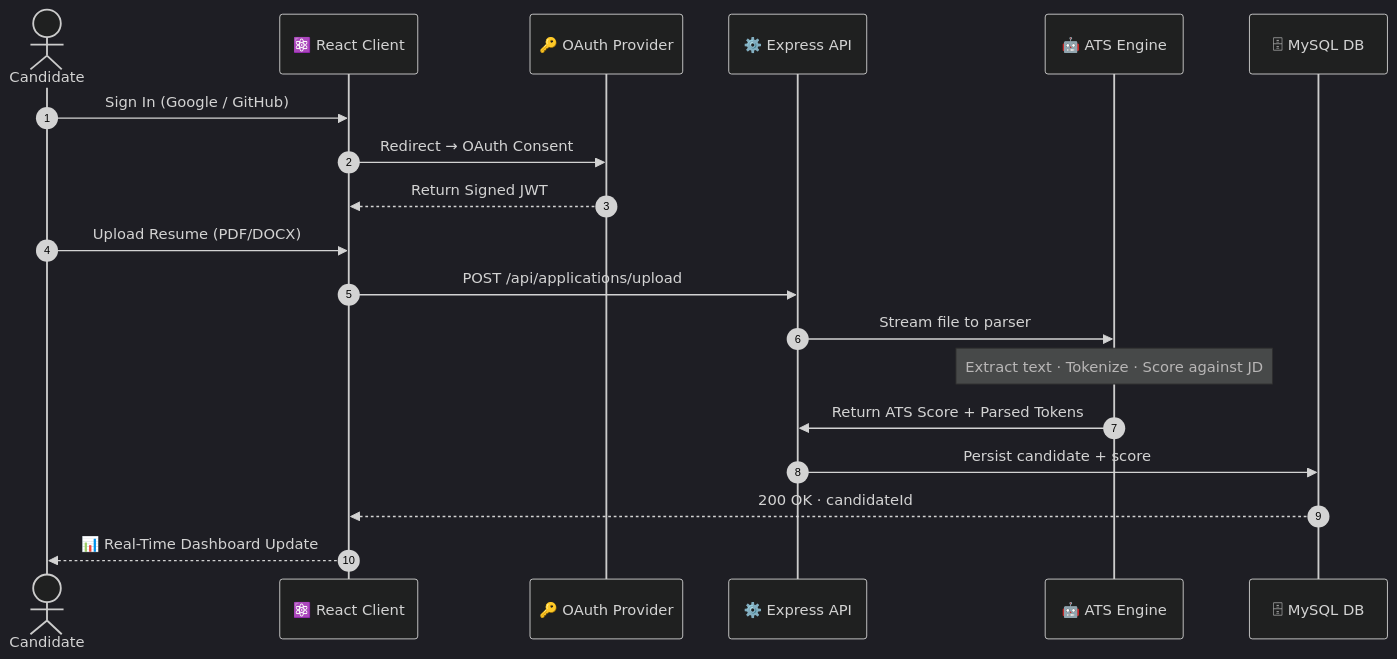
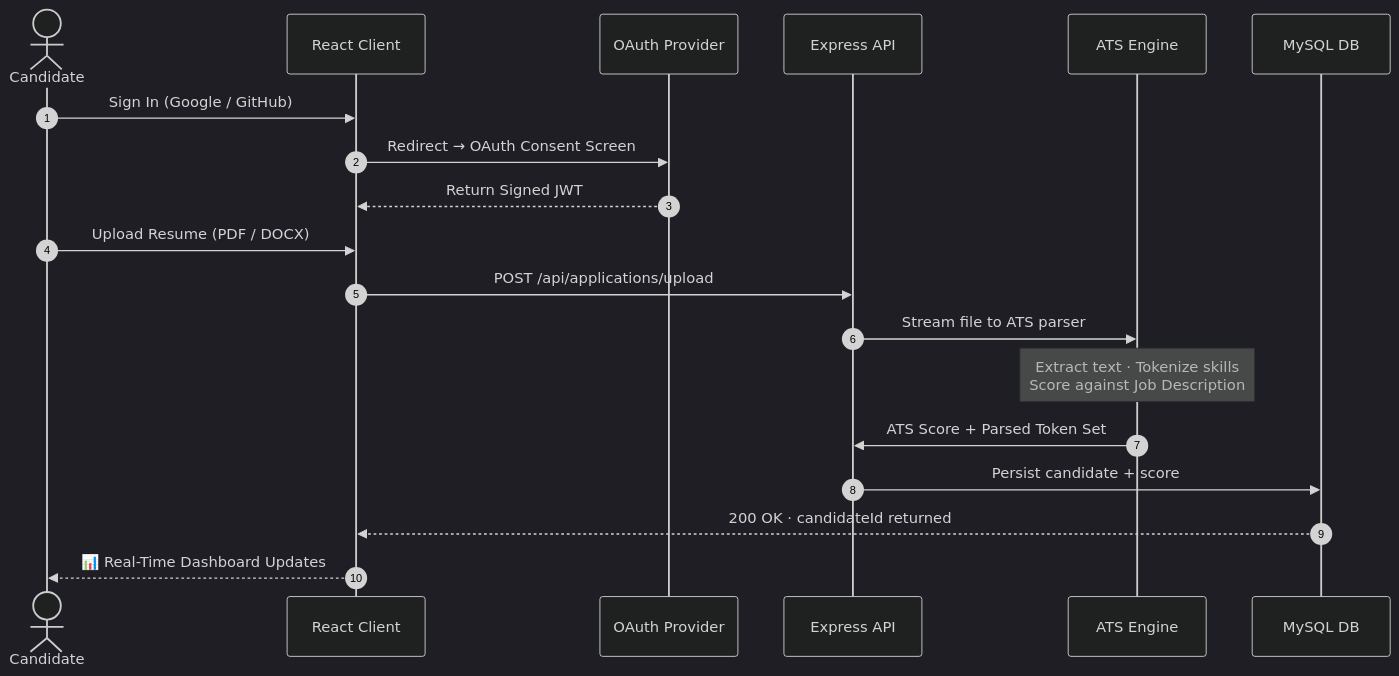
The second of 3 diagrams in README.md (ruthwik-thotapelli/TalentBridge-Secure-Enterprise-Full-Stack-Hiring-Platform), drawn with Mermaid (dark theme) before and after one commit. The commit also changed other lines of this file and 1 other file, not shown here.

Commit message:
docs: recruiter-shocking README overhaul — full HD banner, matched indigo theme, colored Mermaid, RBAC box-art, metrics table

````diff
--- a/README.md
+++ b/README.md
@@ -178,22 +159,22 @@
 ```mermaid
 sequenceDiagram
     autonumber
-    actor Candidate
-    participant React  as ⚛️ React Client
-    participant OAuth  as 🔑 OAuth Provider
-    participant API    as ⚙️ Express API
-    participant ATS    as 🤖 ATS Engine
-    participant DB     as 🗄 MySQL DB
+    actor 👤 as Candidate
+    participant ⚛️ as React Client
+    participant 🔑 as OAuth Provider
+    participant ⚙️ as Express API
+    participant 🤖 as ATS Engine
+    participant 🗄 as MySQL DB
 
-    Candidate->>React:  Sign In (Google / GitHub)
-    React->>OAuth:      Redirect → OAuth Consent
-    OAuth-->>React:     Return Signed JWT
-    Candidate->>React:  Upload Resume (PDF/DOCX)
-    React->>API:        POST /api/applications/upload
-    API->>ATS:          Stream file to parser
-    Note over ATS:      Extract text · Tokenize · Score against JD
-    ATS->>API:          Return ATS Score + Parsed Tokens
-    API->>DB:           Persist candidate + score
-    DB-->>React:        200 OK · candidateId
-    React-->>Candidate: 📊 Real-Time Dashboard Update
+    👤->>⚛️:  Sign In (Google / GitHub)
+    ⚛️->>🔑:  Redirect → OAuth Consent Screen
+    🔑-->>⚛️: Return Signed JWT
+    👤->>⚛️:  Upload Resume (PDF / DOCX)
+    ⚛️->>⚙️:  POST /api/applications/upload
+    ⚙️->>🤖:  Stream file to ATS parser
+    Note over 🤖: Extract text · Tokenize skills<br/>Score against Job Description
+    🤖->>⚙️:  ATS Score + Parsed Token Set
+    ⚙️->>🗄:  Persist candidate + score
+    🗄-->>⚛️: 200 OK · candidateId returned
+    ⚛️-->>👤: 📊 Real-Time Dashboard Updates
 ```
````
